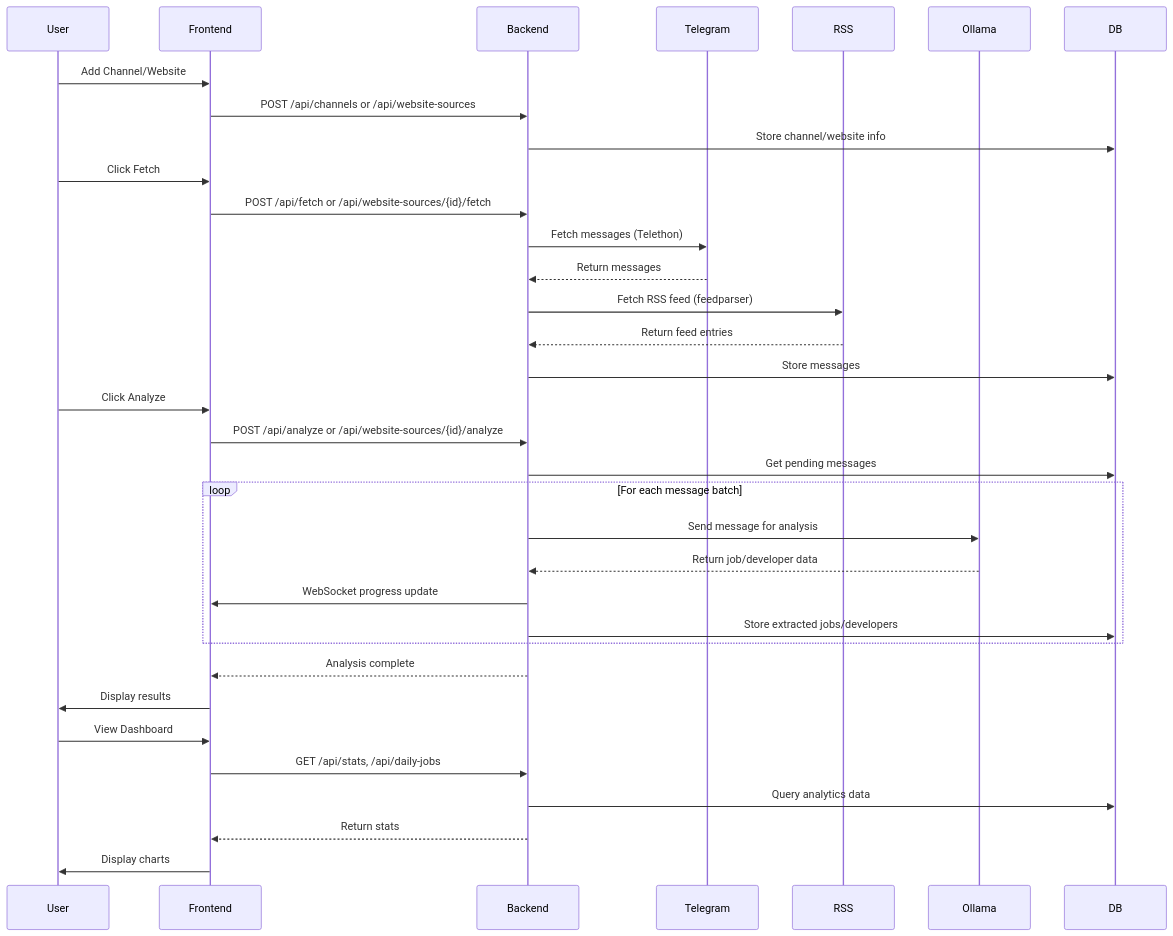
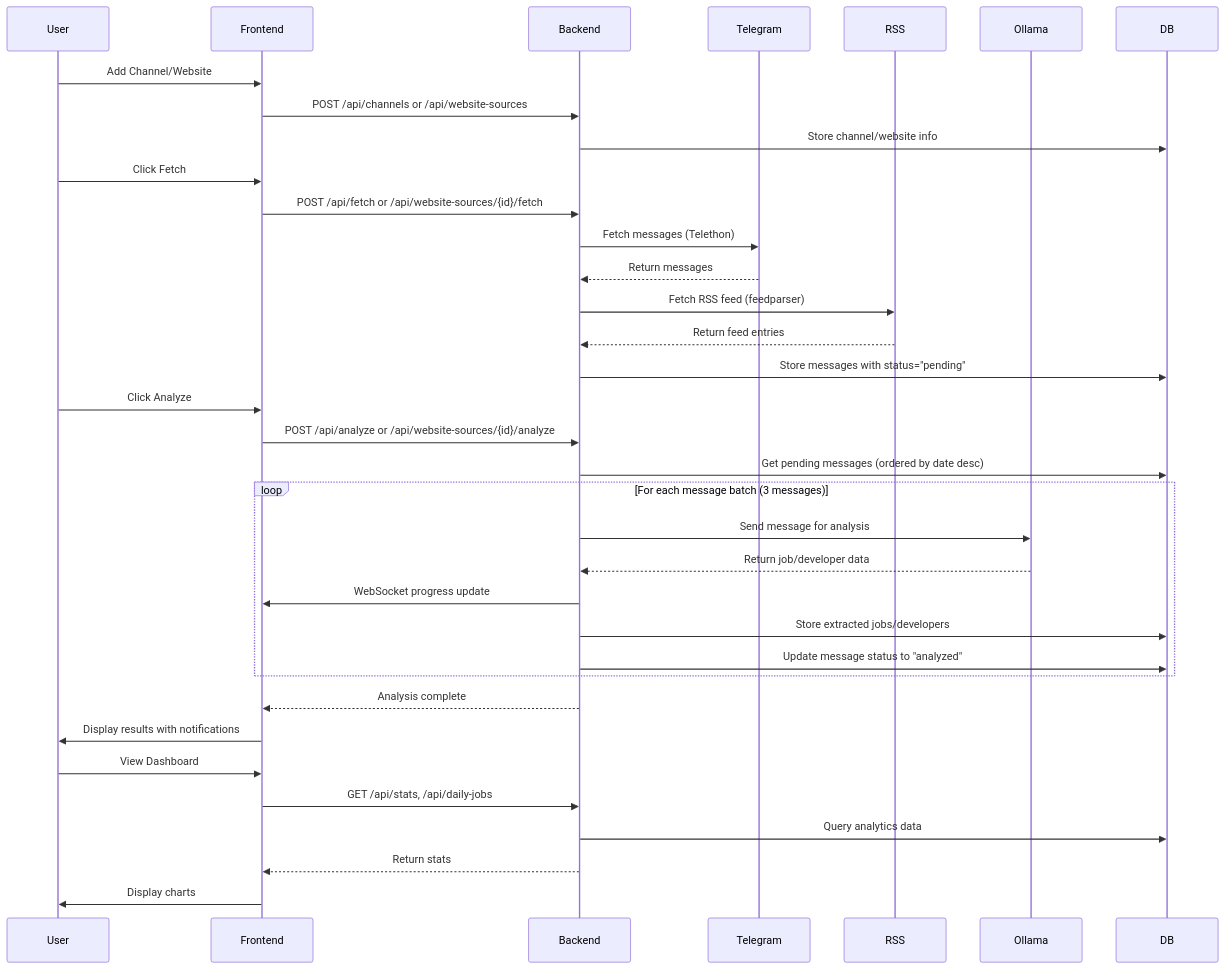
The second of 3 diagrams in README.md (dariank38/agentic-job-scraper), drawn with Mermaid before and after one commit. The commit also changed other lines of this file and 1 other file, not shown here.

First line of the commit message:
docs: restructure README with improved formatting, visual elements, and comprehensive architecture documentation

````diff
--- a/README.md
+++ b/README.md
@@ -57,40 +94,41 @@
 ```mermaid
 sequenceDiagram
     participant User
     participant Frontend
     participant Backend
     participant Telegram
     participant RSS
     participant Ollama
     participant DB
 
     User->>Frontend: Add Channel/Website
     Frontend->>Backend: POST /api/channels or /api/website-sources
     Backend->>DB: Store channel/website info
 
     User->>Frontend: Click Fetch
     Frontend->>Backend: POST /api/fetch or /api/website-sources/{id}/fetch
     Backend->>Telegram: Fetch messages (Telethon)
     Telegram-->>Backend: Return messages
     Backend->>RSS: Fetch RSS feed (feedparser)
     RSS-->>Backend: Return feed entries
-    Backend->>DB: Store messages
+    Backend->>DB: Store messages with status="pending"
 
     User->>Frontend: Click Analyze
     Frontend->>Backend: POST /api/analyze or /api/website-sources/{id}/analyze
-    Backend->>DB: Get pending messages
-    loop For each message batch
+    Backend->>DB: Get pending messages (ordered by date desc)
+    loop For each message batch (3 messages)
         Backend->>Ollama: Send message for analysis
         Ollama-->>Backend: Return job/developer data
         Backend->>Frontend: WebSocket progress update
         Backend->>DB: Store extracted jobs/developers
+        Backend->>DB: Update message status to "analyzed"
     end
     Backend-->>Frontend: Analysis complete
-    Frontend->>User: Display results
+    Frontend->>User: Display results with notifications
 
     User->>Frontend: View Dashboard
     Frontend->>Backend: GET /api/stats, /api/daily-jobs
     Backend->>DB: Query analytics data
     Backend-->>Frontend: Return stats
     Frontend->>User: Display charts
 ```
````
